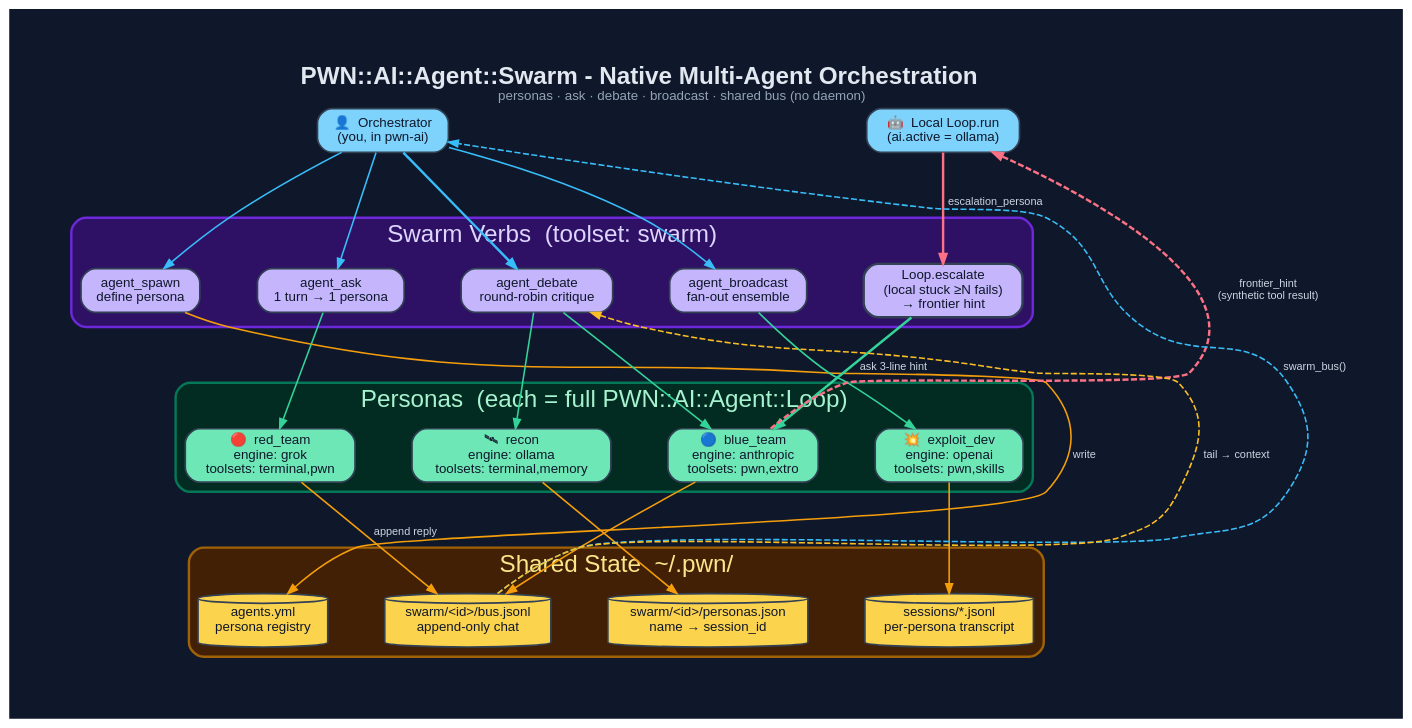
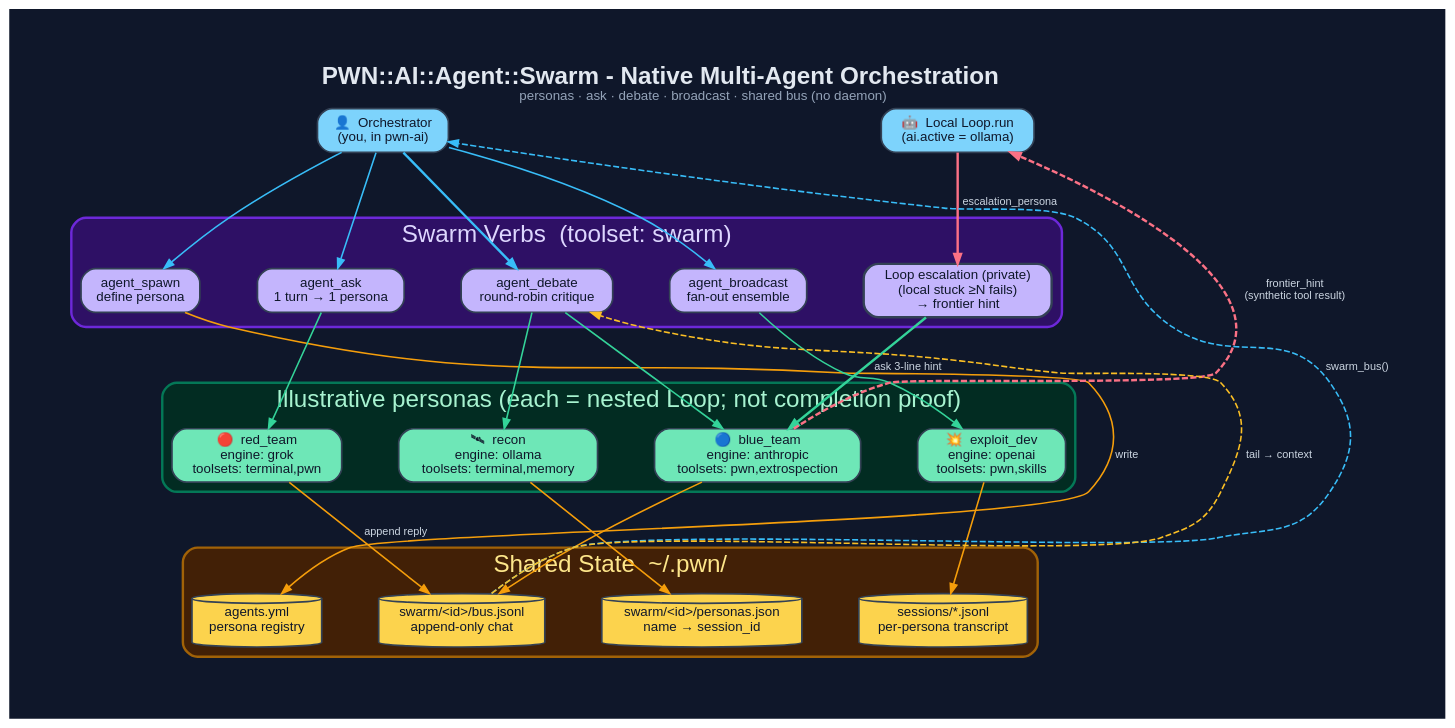
One commit to 0dayInc/pwn changed the diagram in documentation/diagrams/dot/swarm-multi-agent.dot. Above: the diagram before and after it, drawn with Graphviz. The commit also changed 94 other files, not shown here.

```diff
--- a/documentation/diagrams/dot/swarm-multi-agent.dot
+++ b/documentation/diagrams/dot/swarm-multi-agent.dot
@@ -1,76 +1,76 @@
 digraph "PWN_Swarm" {
   graph [
     label=<<B>PWN::AI::Agent::Swarm - Native Multi-Agent Orchestration</B><BR/><FONT POINT-SIZE="11" COLOR="#94a3b8">personas · ask · debate · broadcast · shared bus (no daemon)</FONT>>,
     labelloc=t, fontsize=20, fontname="Helvetica",
     rankdir=TB, splines=spline, nodesep=0.65, ranksep=1.0,
     bgcolor="#0f172a", fontcolor="#e2e8f0", pad=0.6, newrank=true, compound=true
   ];
   node [fontname="Helvetica", fontsize=11, style="filled,rounded",
         shape=box, penwidth=1.4, color="#334155", fontcolor="#0f172a"];
   edge [fontname="Helvetica", fontsize=9, color="#94a3b8",
         fontcolor="#cbd5e1", penwidth=1.3, arrowsize=0.8];
 
   /* L0 ─ orchestrator */
   Orchestrator [label="👤  Orchestrator\n(you, in pwn-ai)", fillcolor="#7dd3fc"];
   LocalLoop    [label="🤖  Local Loop.run\n(ai.active = ollama)", fillcolor="#7dd3fc"];
   {rank=same; Orchestrator; LocalLoop}
 
   /* L1 ─ swarm verbs */
   subgraph cluster_verbs {
     label="Swarm Verbs  (toolset: swarm)"; fontcolor="#ddd6fe";
     style=rounded; color="#6d28d9"; bgcolor="#2e1065"; penwidth=2;
     Spawn     [label="agent_spawn\ndefine persona",          fillcolor="#c4b5fd"];
     Ask       [label="agent_ask\n1 turn → 1 persona",         fillcolor="#c4b5fd"];
     Debate    [label="agent_debate\nround-robin critique",    fillcolor="#c4b5fd"];
     Broadcast [label="agent_broadcast\nfan-out ensemble",     fillcolor="#c4b5fd"];
-    Escalate  [label="Loop.escalate\n(local stuck ≥N fails)\n→ frontier hint", fillcolor="#c4b5fd", penwidth=2];
+    Escalate  [label="Loop escalation (private)\n(local stuck ≥N fails)\n→ frontier hint", fillcolor="#c4b5fd", penwidth=2];
   }
   {rank=same; Spawn; Ask; Debate; Broadcast; Escalate}
 
   /* L2 ─ personas */
   subgraph cluster_personas {
-    label="Personas  (each = full PWN::AI::Agent::Loop)"; fontcolor="#a7f3d0";
+    label="Illustrative personas (each = nested Loop; not completion proof)"; fontcolor="#a7f3d0";
     style=rounded; color="#047857"; bgcolor="#022c22"; penwidth=2;
     Red   [label="🔴  red_team\nengine: grok\ntoolsets: terminal,pwn",     fillcolor="#6ee7b7"];
-    Blue  [label="🔵  blue_team\nengine: anthropic\ntoolsets: pwn,extro",  fillcolor="#6ee7b7"];
+    Blue  [label="🔵  blue_team\nengine: anthropic\ntoolsets: pwn,extrospection",  fillcolor="#6ee7b7"];
     Recon [label="🛰  recon\nengine: ollama\ntoolsets: terminal,memory",  fillcolor="#6ee7b7"];
     Xpl   [label="💥  exploit_dev\nengine: openai\ntoolsets: pwn,skills",  fillcolor="#6ee7b7"];
   }
   {rank=same; Red; Blue; Recon; Xpl}
 
   /* L3 ─ shared state */
   subgraph cluster_state {
     label="Shared State  ~/.pwn/"; fontcolor="#fde68a";
     style=rounded; color="#a16207"; bgcolor="#422006"; penwidth=2;
     Agents [label="agents.yml\npersona registry",         shape=cylinder, fillcolor="#fcd34d"];
     Bus    [label="swarm/<id>/bus.jsonl\nappend-only chat", shape=cylinder, fillcolor="#fcd34d"];
     Pmap   [label="swarm/<id>/personas.json\nname → session_id", shape=cylinder, fillcolor="#fcd34d"];
     Sess   [label="sessions/*.jsonl\nper-persona transcript",     shape=cylinder, fillcolor="#fcd34d"];
   }
   {rank=same; Agents; Bus; Pmap; Sess}
 
   /* edges */
   Orchestrator -> Spawn     [color="#38bdf8"];
   Orchestrator -> Ask       [color="#38bdf8"];
   Orchestrator -> Debate    [color="#38bdf8", penwidth=2];
   Orchestrator -> Broadcast [color="#38bdf8"];
   LocalLoop    -> Escalate  [label="escalation_persona", color="#fb7185", penwidth=2];
 
   Spawn     -> Red   [style=invis];
   Ask       -> Red   [color="#34d399"];
   Debate    -> Blue  [color="#34d399"];
   Debate    -> Recon [color="#34d399"];
   Broadcast -> Xpl   [color="#34d399"];
   Escalate  -> Blue  [label="ask 3-line hint", color="#34d399", penwidth=2];
 
   Red   -> Agents [style=invis];
   Red   -> Bus  [label="append reply", color="#f59e0b"];
   Blue  -> Bus  [color="#f59e0b"];
   Recon -> Pmap [color="#f59e0b"];
   Xpl   -> Sess [color="#f59e0b"];
 
   Spawn -> Agents [label="write", color="#f59e0b", constraint=false];
   Bus   -> Debate [label="tail → context", style=dashed, color="#fbbf24", constraint=false];
   Bus   -> Orchestrator [label="swarm_bus()", style=dashed, color="#38bdf8", constraint=false];
   Blue  -> LocalLoop [label="frontier_hint\n(synthetic tool result)", style=dashed, color="#fb7185", constraint=false, penwidth=2];
 }
```
